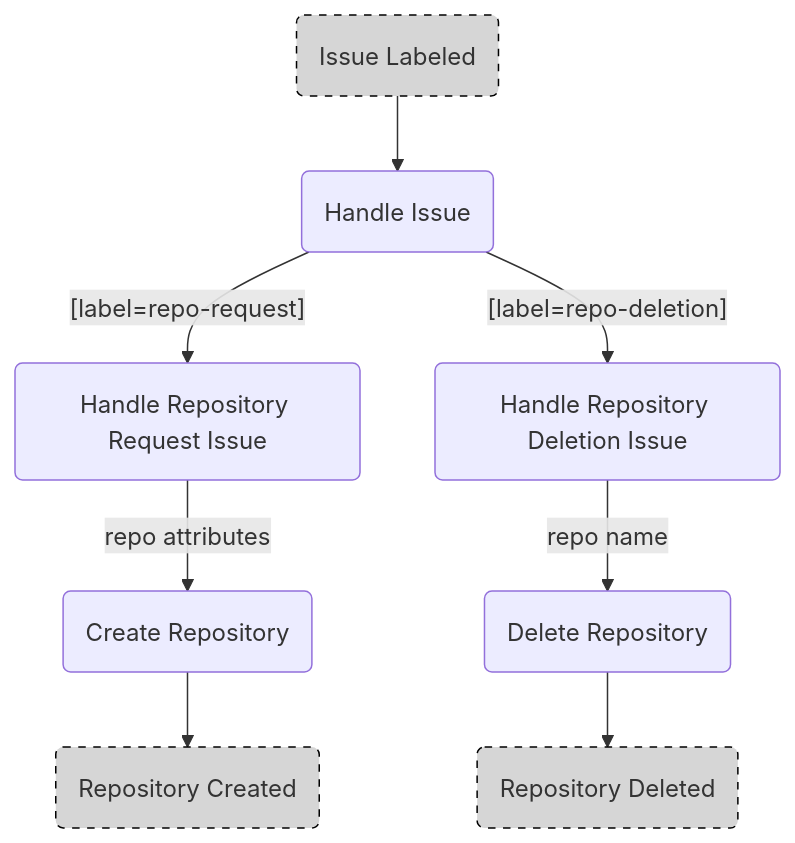
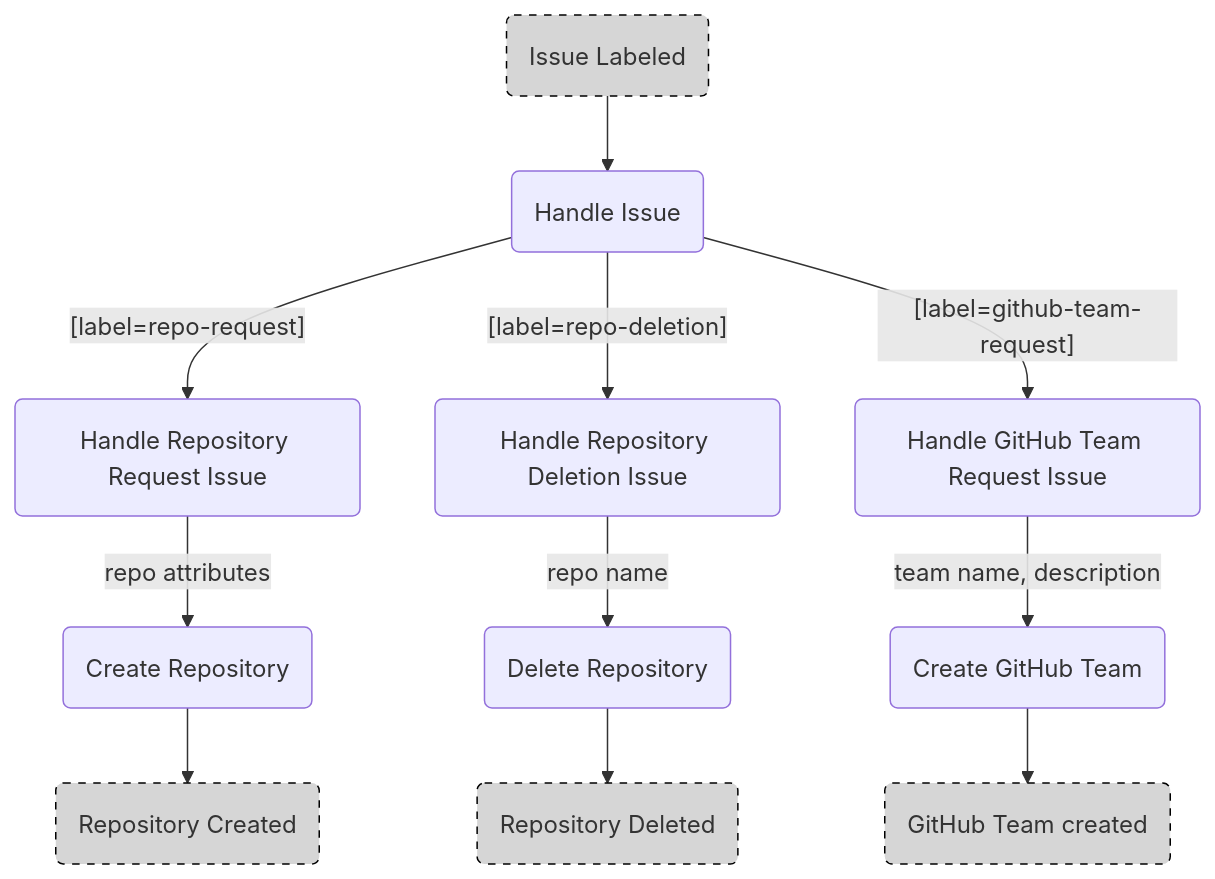
The diagram in README.md (xpirit-training/demo-features-issueops), drawn with Mermaid before and after one commit. The commit also changed other lines of this file and 4 other files, not shown here.

Commit message:
feat(#82): Renaming team request to github team request, adding approval via environment and update README.md

````diff
--- a/README.md
+++ b/README.md
@@ -124,13 +133,17 @@
 ```mermaid
 flowchart TD    
     A(Issue Labeled) --> B(Handle Issue)
     style A fill:#d6d6d6,stroke:#000000,stroke-dasharray: 5 5
     B -->|"[label=repo-request]"| C(Handle Repository Request Issue)
     B -->|"[label=repo-deletion]"| D(Handle Repository Deletion Issue)
-    C -->|repo attributes| E(Create Repository)
-    D -->|repo name| F(Delete Repository)
-    E --> G(Repository Created)
-    style G fill:#d6d6d6,stroke:#000000,stroke-dasharray: 5 5
-    F --> H(Repository Deleted)
-    style H fill:#d6d6d6,stroke:#000000,stroke-dasharray: 5 5
+    B -->|"[label=github-team-request]"| E(Handle GitHub Team Request Issue)
+    C -->|repo attributes| F(Create Repository)
+    D -->|repo name| G(Delete Repository)
+    E -->|team name, description| H(Create GitHub Team)
+    F --> I(Repository Created)
+    style I fill:#d6d6d6,stroke:#000000,stroke-dasharray: 5 5
+    G --> J(Repository Deleted)
+    style J fill:#d6d6d6,stroke:#000000,stroke-dasharray: 5 5
+    H --> K(GitHub Team created)
+    style K fill:#d6d6d6,stroke:#000000,stroke-dasharray: 5 5
 ```
````
